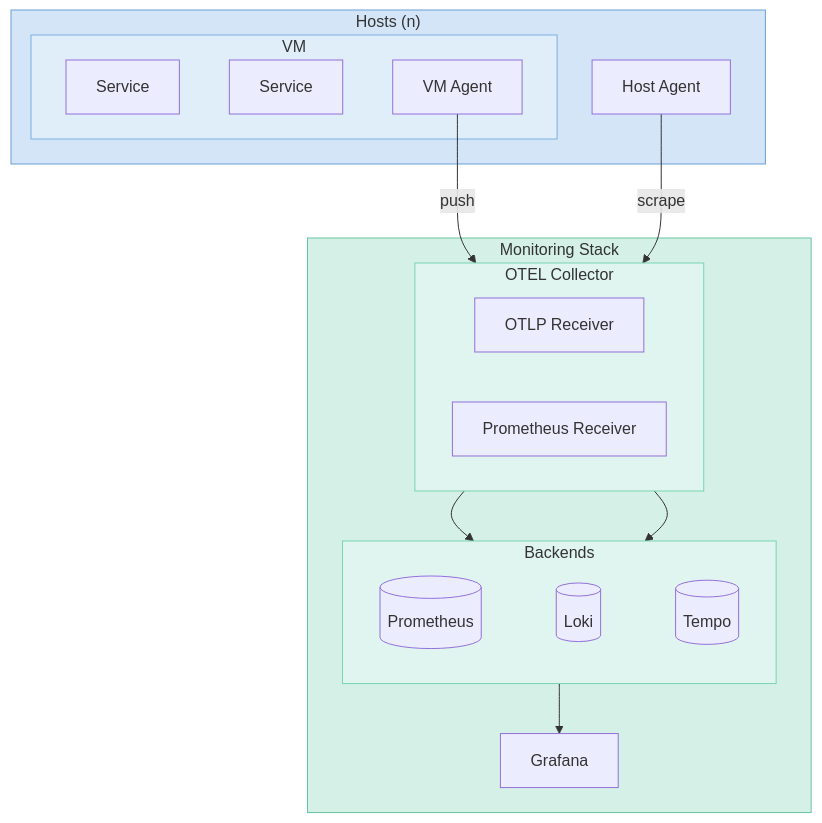
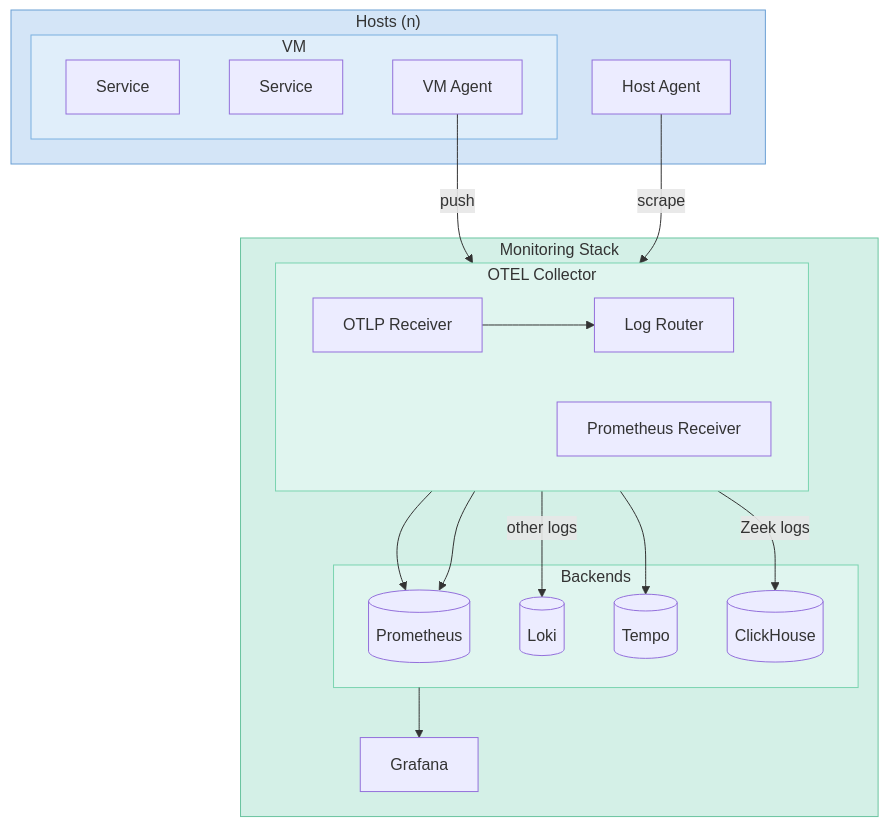
Before and after one commit to shedrachokonofua/aether: the diagram in docs/monitoring.md, drawn with Mermaid. The commit also changed other lines of this file and 23 other files, not shown here.

````diff
--- a/docs/monitoring.md
+++ b/docs/monitoring.md
@@ -7,38 +7,46 @@
 ```mermaid
 flowchart TB
     subgraph Hosts["Hosts (n)"]
         Exporter["Host Agent"]
         subgraph VM["VM"]
             App1["Service"]
             App2["Service"]
             Agent["VM Agent"]
         end
     end
 
     Agent -->|push| OTLP
     Exporter -->|scrape| PromRx
 
     subgraph Niobe["Monitoring Stack"]
         subgraph Collector["OTEL Collector"]
             direction LR
             OTLP["OTLP Receiver"]
             PromRx["Prometheus Receiver"]
+            Router["Log Router"]
         end
 
         subgraph Backends["Backends"]
-            Prometheus[(Prometheus)] ~~~ Loki[(Loki)] ~~~ Tempo[(Tempo)]
+            Prometheus[(Prometheus)]
+            Loki[(Loki)]
+            Tempo[(Tempo)]
+            ClickHouse[(ClickHouse)]
         end
 
         Grafana[Grafana]
     end
 
-    OTLP --> Backends
-    PromRx --> Backends
+    OTLP --> Router
+    Router -->|Zeek logs| ClickHouse
+    Router -->|other logs| Loki
+    OTLP --> Prometheus
+    OTLP --> Tempo
+    PromRx --> Prometheus
     Backends --> Grafana
 
     style Hosts fill:#d4e5f7,stroke:#6a9fd4
     style VM fill:#e0eefa,stroke:#7ab0e0
     style Niobe fill:#d4f0e7,stroke:#6ac4a0
     style Collector fill:#e0f5ef,stroke:#7ad4b0
     style Backends fill:#e0f5ef,stroke:#7ad4b0
 ```
````
